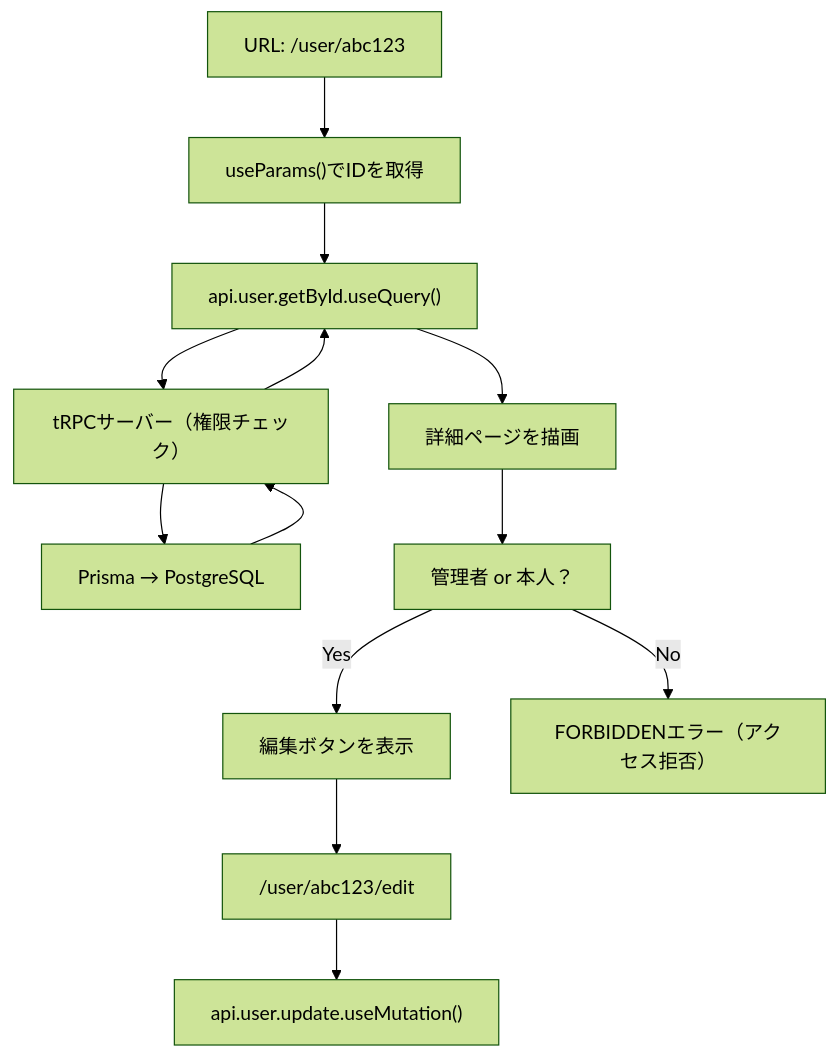
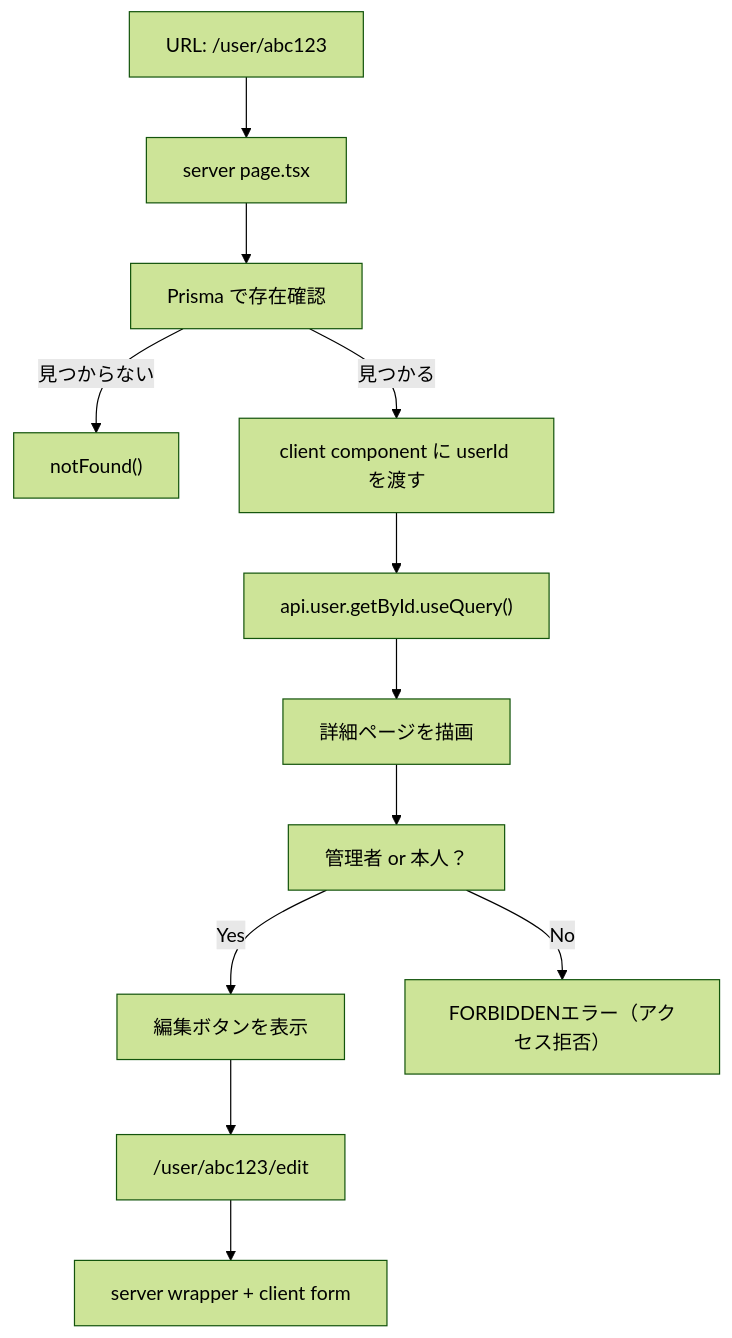
The first of 2 diagrams in material/30days-curriculum/day29_ユーザー詳細・編集ページを作ろう.md (kouiso/task-app), drawn with Mermaid (forest theme) before and after one commit. The commit also changed other lines of this file and 8 other files, not shown here.

````diff
--- a/material/30days-curriculum/day29_ユーザー詳細・編集ページを作ろう.md
+++ b/material/30days-curriculum/day29_ユーザー詳細・編集ページを作ろう.md
@@ -28,15 +28,14 @@
 ```mermaid
 flowchart TD
-    A["URL: /user/abc123"] --> B["useParams()でIDを取得"]
-    B --> C["api.user.getById.useQuery()"]
-    C --> D["tRPCサーバー（権限チェック）"]
-    D --> E["Prisma → PostgreSQL"]
-    E --> D
-    D --> C
-    C --> F["詳細ページを描画"]
-    F --> G["管理者 or 本人？"]
-    G -->|Yes| H["編集ボタンを表示"]
-    G -->|No| I["FORBIDDENエラー（アクセス拒否）"]
-    H --> J["/user/abc123/edit"]
-    J --> K["api.user.update.useMutation()"]
+    A["URL: /user/abc123"] --> B["server page.tsx"]
+    B --> C["Prisma で存在確認"]
+    C -->|見つからない| D["notFound()"]
+    C -->|見つかる| E["client component に userId を渡す"]
+    E --> F["api.user.getById.useQuery()"]
+    F --> G["詳細ページを描画"]
+    G --> H["管理者 or 本人？"]
+    H -->|Yes| I["編集ボタンを表示"]
+    H -->|No| J["FORBIDDENエラー（アクセス拒否）"]
+    I --> K["/user/abc123/edit"]
+    K --> L["server wrapper + client form"]
 ```
````
